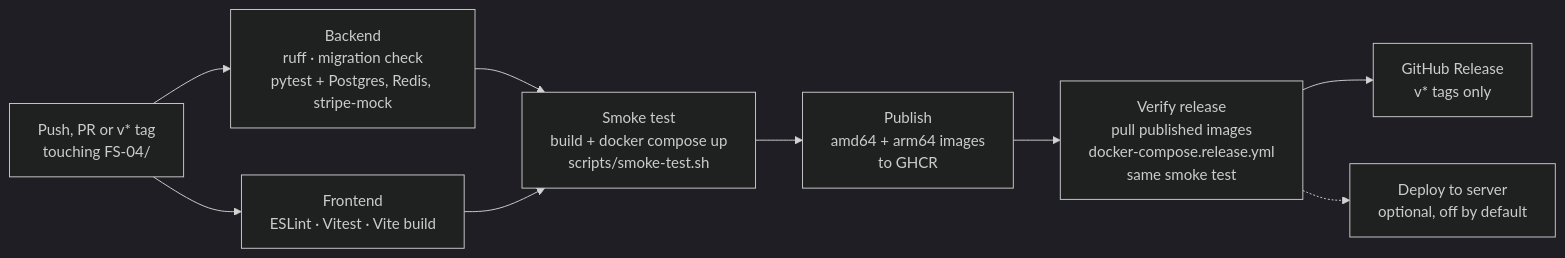
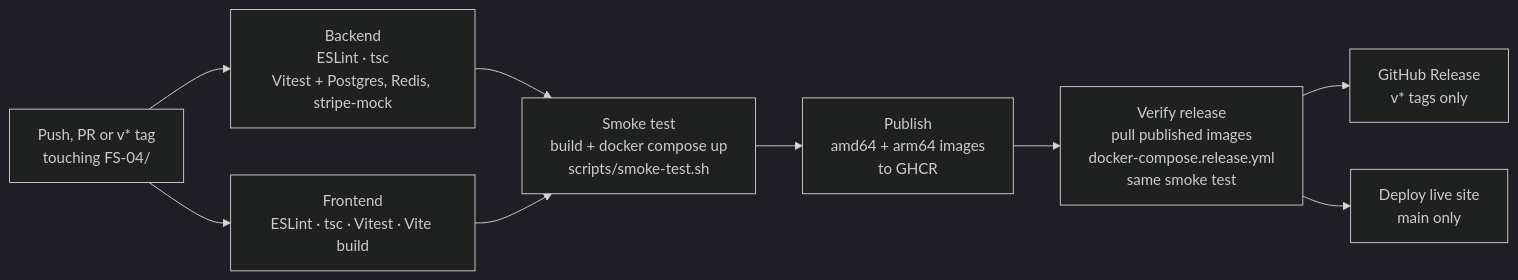
One commit to Adarsh619/Rout_Adarsh_Pradhan_Capstone_Projects changed the first of 2 diagrams in FS-04/docs/11-devops.md. Above: the diagram before and after it, drawn with Mermaid (dark theme). The commit also changed other lines of this file and 298 other files, not shown here.

````diff
--- a/FS-04/docs/11-devops.md
+++ b/FS-04/docs/11-devops.md
@@ -44,11 +44,11 @@
 ```mermaid
 flowchart LR
-  T[Push, PR or v* tag<br/>touching FS-04/] --> BE[Backend<br/>ruff · migration check<br/>pytest + Postgres, Redis, stripe-mock]
-  T --> FE[Frontend<br/>ESLint · Vitest · Vite build]
+  T[Push, PR or v* tag<br/>touching FS-04/] --> BE[Backend<br/>ESLint · tsc<br/>Vitest + Postgres, Redis, stripe-mock]
+  T --> FE[Frontend<br/>ESLint · tsc · Vitest · Vite build]
   BE --> SM[Smoke test<br/>build + docker compose up<br/>scripts/smoke-test.sh]
   FE --> SM
   SM --> PUB[Publish<br/>amd64 + arm64 images<br/>to GHCR]
   PUB --> VR[Verify release<br/>pull published images<br/>docker-compose.release.yml<br/>same smoke test]
   VR --> REL[GitHub Release<br/>v* tags only]
-  VR -.-> SRV[Deploy to server<br/>optional, off by default]
+  VR --> SRV[Deploy live site<br/>main only]
 ```
````
